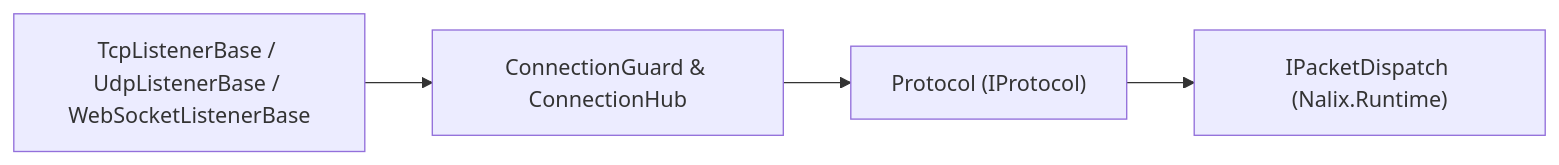
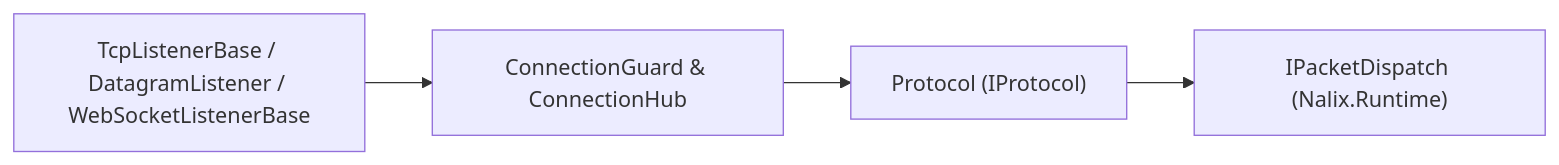
The diagram in src/content/docs/en-us/packages/nalix-network.md (ppn-systems/nalix-docs), drawn with Mermaid before and after one commit. The commit also changed other lines of this file and 257 other files, not shown here.

````diff
--- a/src/content/docs/en-us/packages/nalix-network.md
+++ b/src/content/docs/en-us/packages/nalix-network.md
@@ -16,6 +16,6 @@
 ```mermaid
 flowchart LR
-    A["TcpListenerBase / UdpListenerBase / WebSocketListenerBase"] --> B["ConnectionGuard & ConnectionHub"]
+    A["TcpListenerBase / DatagramListener / WebSocketListenerBase"] --> B["ConnectionGuard & ConnectionHub"]
     B --> C["Protocol (IProtocol)"]
     C --> D["IPacketDispatch (Nalix.Runtime)"]
 ```
````
